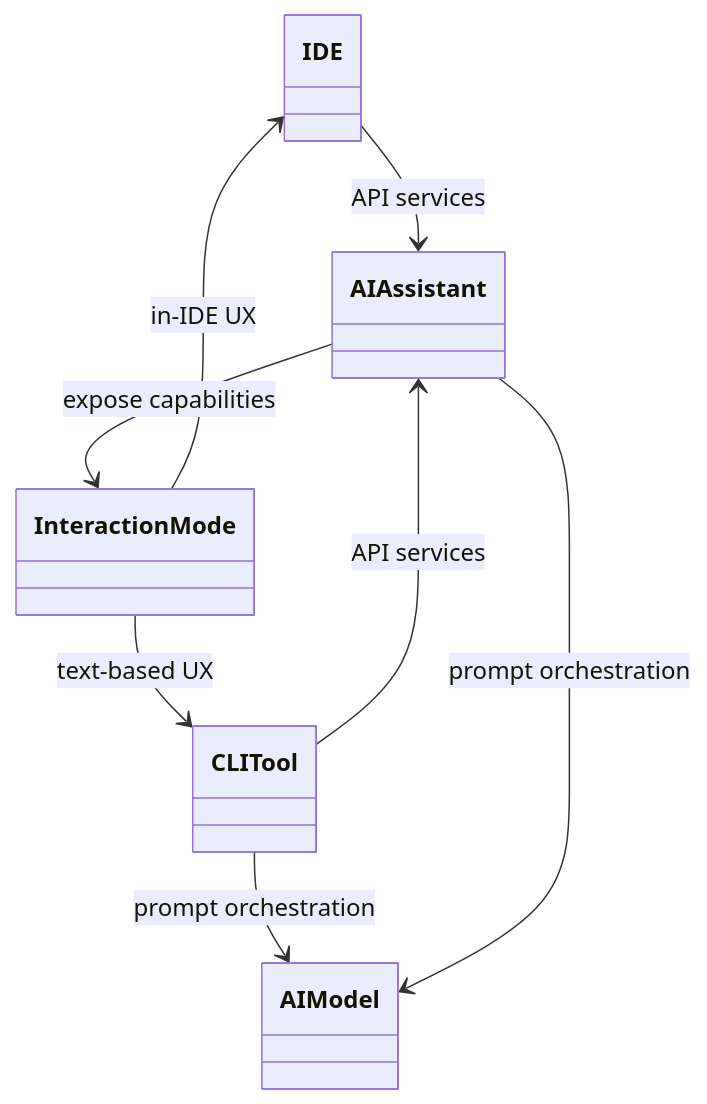
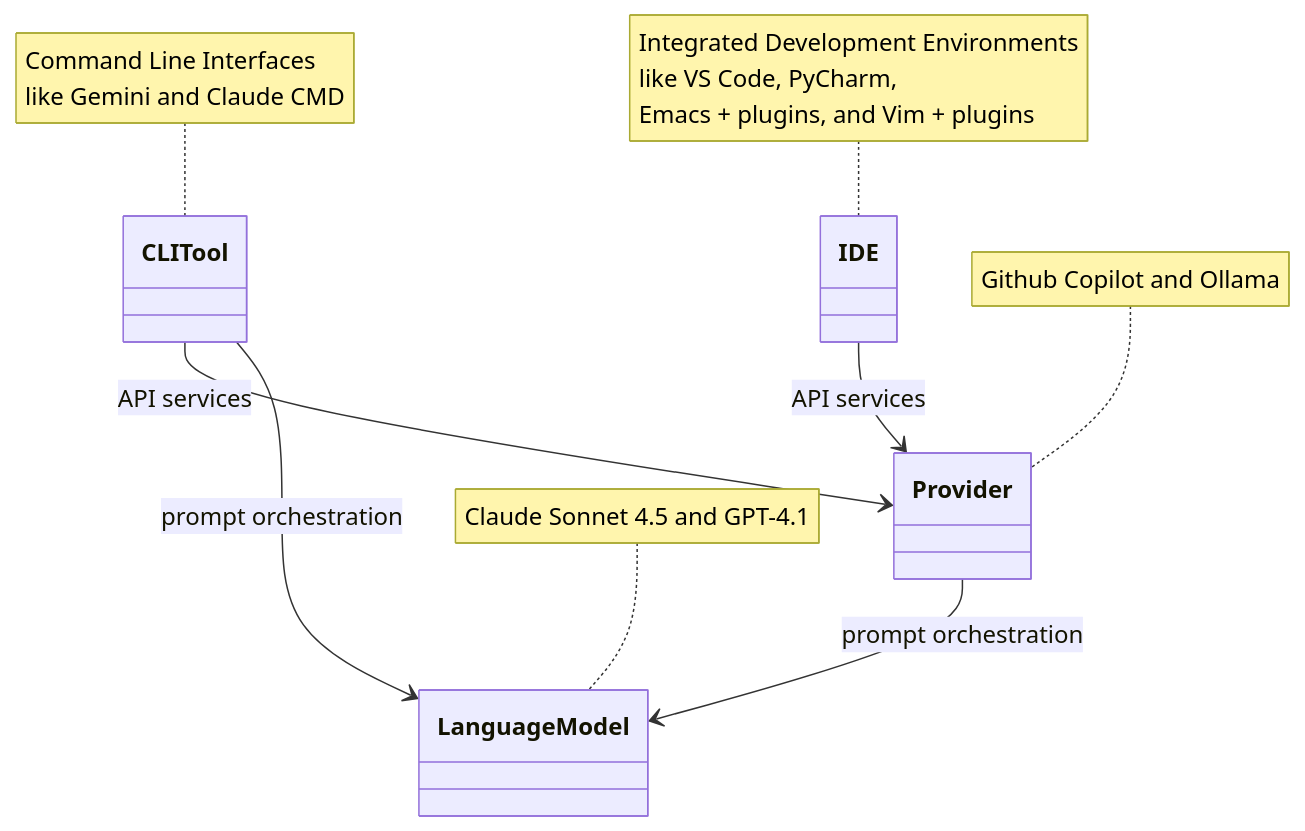
One commit to fnal-computational-science/ai-coding-assistants changed the diagram in ai_assistant_diagram.qmd. Above: the diagram before and after it, drawn with Mermaid.

Commit message:
notes added for each box

````diff
--- a/ai_assistant_diagram.qmd
+++ b/ai_assistant_diagram.qmd
@@ -12,26 +12,23 @@
 ```{mermaid}
 classDiagram
     class IDE {
-       
     }
-    class AIAssistant {
-      
+    note for IDE "Integrated Development Environments<br/>like VS Code, PyCharm,<br/>Emacs + plugins, and Vim + plugins"
+    
+    class Provider {
     }
+    note for Provider "Github Copilot and Ollama"
     class CLITool {
-       
     }
-    class AIModel {
-   
+    note for CLITool "Command Line Interfaces<br/>like Gemini and Claude CMD"   
+
+    class LanguageModel {      
     }
-    class InteractionMode {
+    note for LanguageModel "Claude Sonnet 4.5 and GPT-4.1"
     
-    }
 
-    IDE --> AIAssistant : API services
-    CLITool --> AIAssistant : API services
-    CLITool --> AIModel : prompt orchestration 
-    AIAssistant --> AIModel : prompt orchestration
-    AIAssistant --> InteractionMode : expose capabilities
-    InteractionMode --> IDE : in-IDE UX
-    InteractionMode --> CLITool : text-based UX
+    IDE --> Provider : API services
+    CLITool --> Provider : API services
+    CLITool --> LanguageModel : prompt orchestration 
+    Provider --> LanguageModel : prompt orchestration
 ```
````
